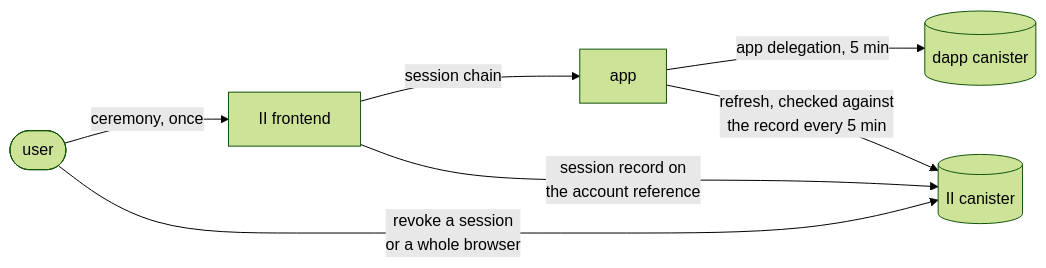
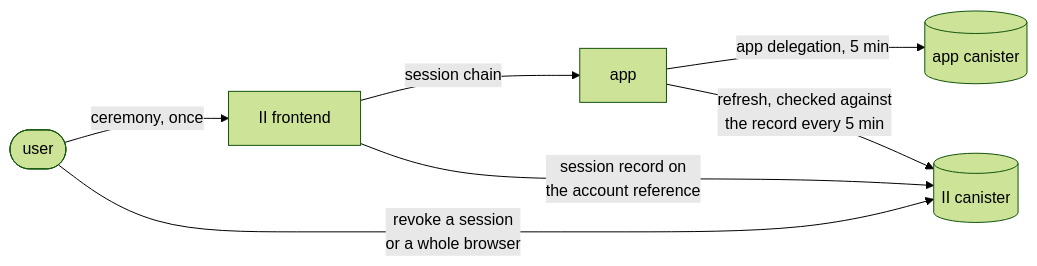
One commit to dfinity/internet-identity changed the third of 4 diagrams in docs/ongoing/shared-revocable-sessions.md. Above: the diagram before and after it, drawn with Mermaid (forest theme). The commit also changed other lines of this file, not shown here.

````diff
--- a/docs/ongoing/shared-revocable-sessions.md
+++ b/docs/ongoing/shared-revocable-sessions.md
@@ -61,9 +61,9 @@
 ```mermaid
 flowchart LR
     U([user]) -->|"ceremony, once"| IIF["II frontend"]
     IIF -->|"session chain"| A["app"]
     IIF -->|"session record on<br/>the account reference"| C[("II canister")]
-    A -->|"app delegation, 5 min"| D[("dapp canister")]
+    A -->|"app delegation, 5 min"| D[("app canister")]
     A -->|"refresh, checked against<br/>the record every 5 min"| C
     U -->|"revoke a session<br/>or a whole browser"| C
 ```
````
